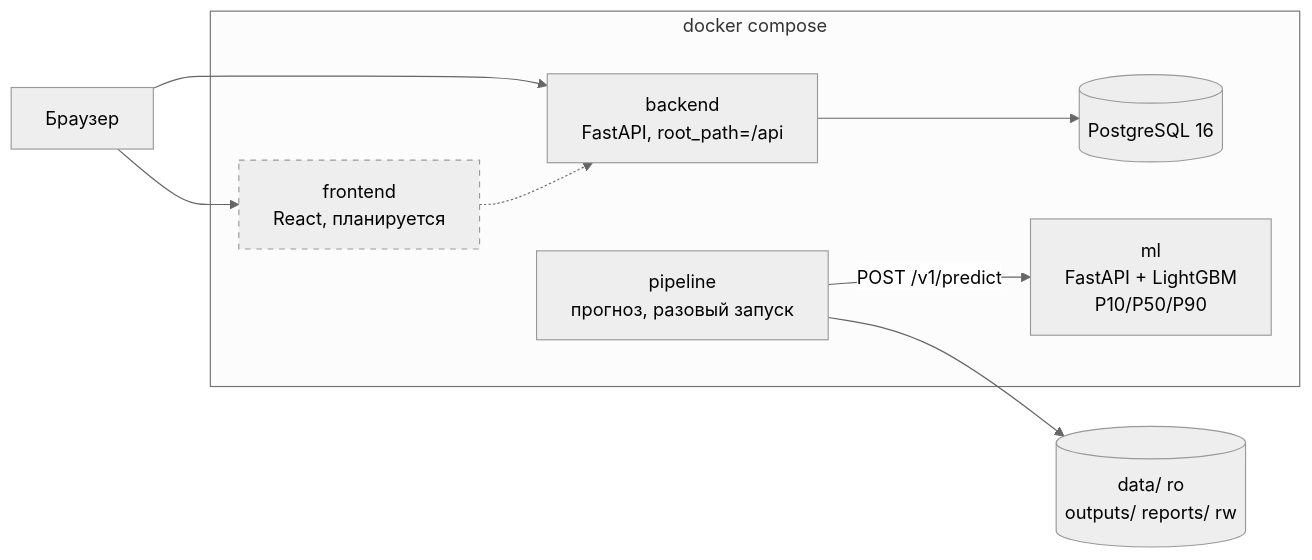
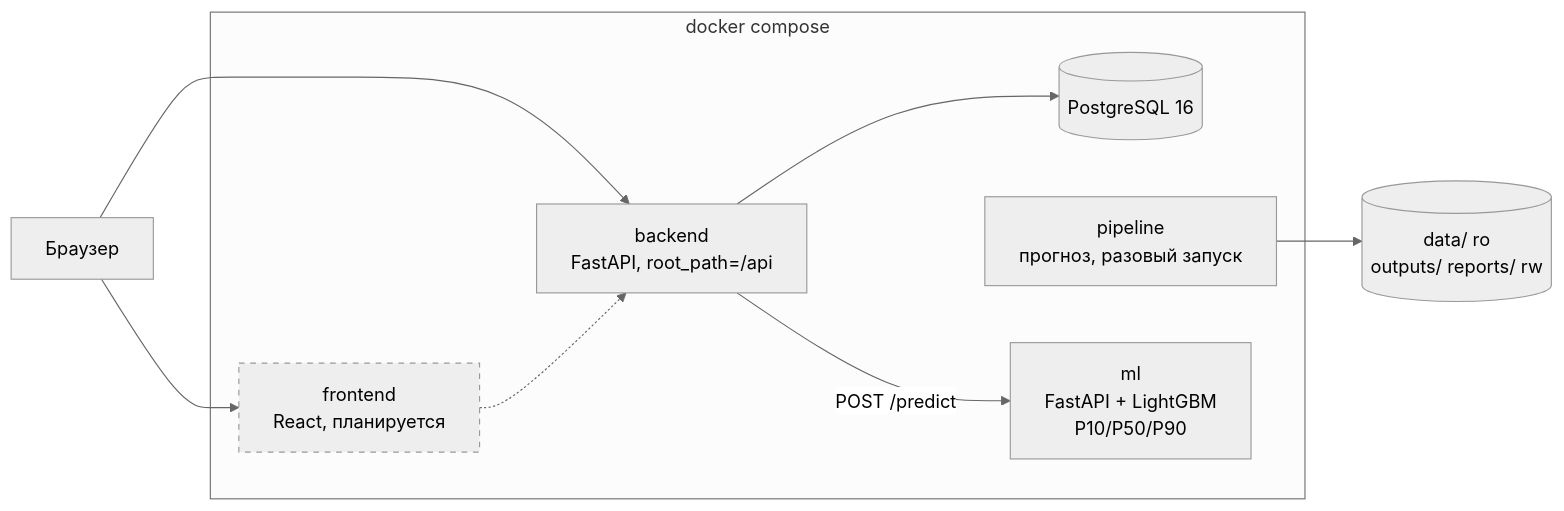
The first of 2 diagrams in docs/ARCHITECTURE.md (BAITC-Hacks/hack-5e5a1903-mg-ai), drawn with Mermaid (neutral theme) before and after one commit. The commit also changed other lines of this file and 13 other files, not shown here.

````diff
--- a/docs/ARCHITECTURE.md
+++ b/docs/ARCHITECTURE.md
@@ -5,27 +5,27 @@
 ```mermaid
 flowchart LR
     Client["Браузер"]
     FE["frontend<br/>React, планируется"]
     BE["backend<br/>FastAPI, root_path=/api"]
     DB[("PostgreSQL 16")]
     PL["pipeline<br/>прогноз, разовый запуск"]
     ML["ml<br/>FastAPI + LightGBM<br/>P10/P50/P90"]
     VOL[("data/ ro<br/>outputs/ reports/ rw")]
 
     Client --> FE
     Client --> BE
     FE -.-> BE
     BE --> DB
     PL --> VOL
-    PL -- "POST /v1/predict" --> ML
+    BE -- "POST /predict" --> ML
 
     subgraph compose["docker compose"]
         FE
         BE
         DB
         PL
         ML
     end
 
     style FE stroke-dasharray: 5 5
 ```
````
